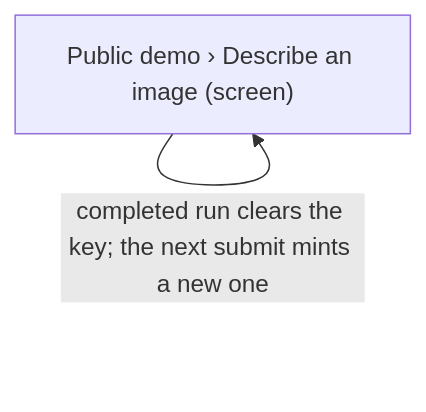
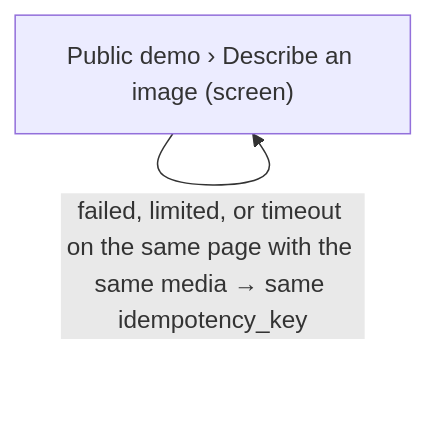
The fourth of 4 diagrams in apps/prototype-wp-alt-context/docs/ux-maps/public-demo-describe.md (darce/context-alt-text-monorepo), drawn with Mermaid before and after one commit. The commit also changed other lines of this file and 18 other files, not shown here.

````diff
--- a/apps/prototype-wp-alt-context/docs/ux-maps/public-demo-describe.md
+++ b/apps/prototype-wp-alt-context/docs/ux-maps/public-demo-describe.md
@@ -157,8 +152,7 @@
 ```mermaid
 flowchart TD
   %% flow: OBSERVED: same-page retry reuses the in-memory key job=retry-same-trigger
   %% steps: [{"screen_id":"public-demo-describe","branch_label":"failed, limited, or timeout on the same page with the same media → same idempotency_key"},{"screen_id":"public-demo-describe","branch_label":"completed run clears the key; the next submit mints a new one"}]
   n_public_demo_describe["Public demo › Describe an image (screen)"]
   n_public_demo_describe -->|failed, limited, or timeout on the same page with the same media → same idempotency_key| n_public_demo_describe
-  n_public_demo_describe -->|completed run clears the key; the next submit mints a new one| n_public_demo_describe
 ```
````
